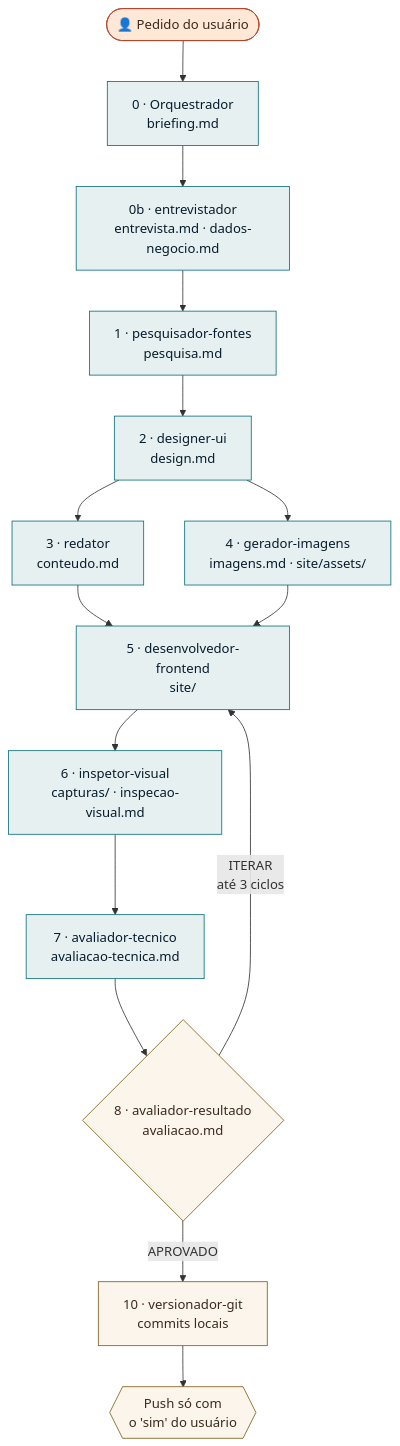
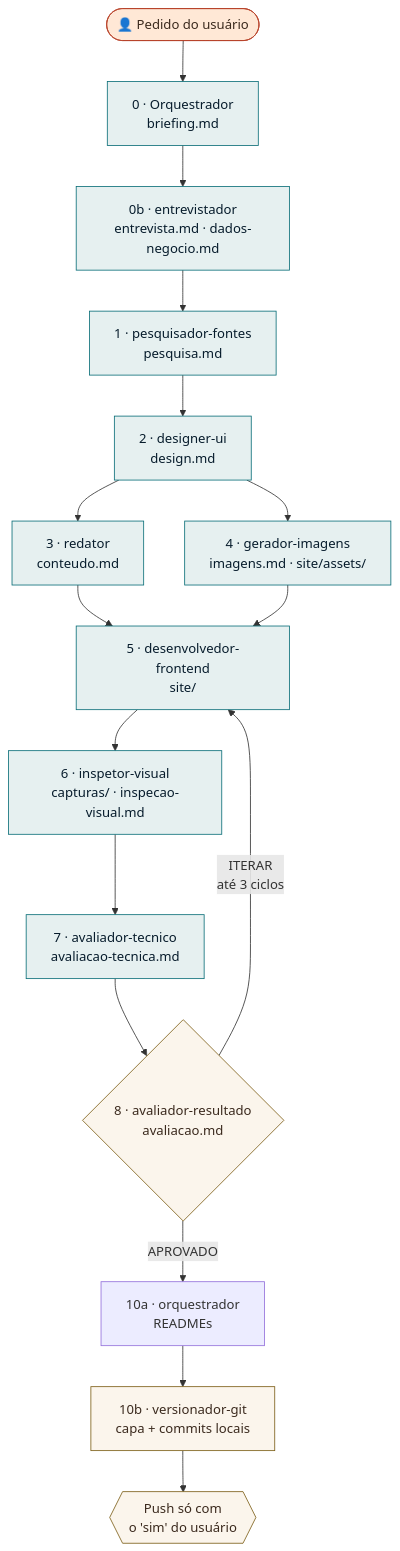
One commit to SergioRibeiroSilva/EsquadraoPixel changed the diagram in README.md. Above: the diagram before and after it, drawn with Mermaid. The commit also changed other lines of this file and 10 other files, not shown here.

````diff
--- a/README.md
+++ b/README.md
@@ -176,24 +176,25 @@
 ```mermaid
 flowchart TD
     U([👤 Pedido do usuário]) --> B[0 · Orquestrador<br/>briefing.md]
     B --> E[0b · entrevistador<br/>entrevista.md · dados-negocio.md]
     E --> P[1 · pesquisador-fontes<br/>pesquisa.md]
     P --> D[2 · designer-ui<br/>design.md]
     D --> R[3 · redator<br/>conteudo.md]
     D --> G[4 · gerador-imagens<br/>imagens.md · site/assets/]
     R --> F[5 · desenvolvedor-frontend<br/>site/]
     G --> F
     F --> V[6 · inspetor-visual<br/>capturas/ · inspecao-visual.md]
     V --> T[7 · avaliador-tecnico<br/>avaliacao-tecnica.md]
     T --> A{8 · avaliador-resultado<br/>avaliacao.md}
     A -- ITERAR<br/>até 3 ciclos --> F
-    A -- APROVADO --> GIT[10 · versionador-git<br/>commits locais]
+    A -- APROVADO --> DOC[10a · orquestrador<br/>READMEs]
+    DOC --> GIT[10b · versionador-git<br/>capa + commits locais]
     GIT --> Q{{Push só com<br/>o 'sim' do usuário}}
 
     classDef user fill:#FFE8D6,stroke:#B8432A,color:#3B2A1E
     classDef agent fill:#E6F0F0,stroke:#0A6E78,color:#071C2C
     classDef gate fill:#FBF5EC,stroke:#7C5E17,color:#3B2A1E
     class U user
     class B,E,P,D,R,G,F,V,T agent
     class A,GIT,Q gate
 ```
````
